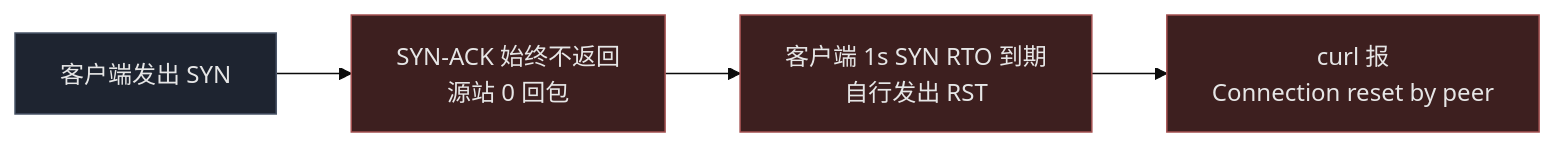
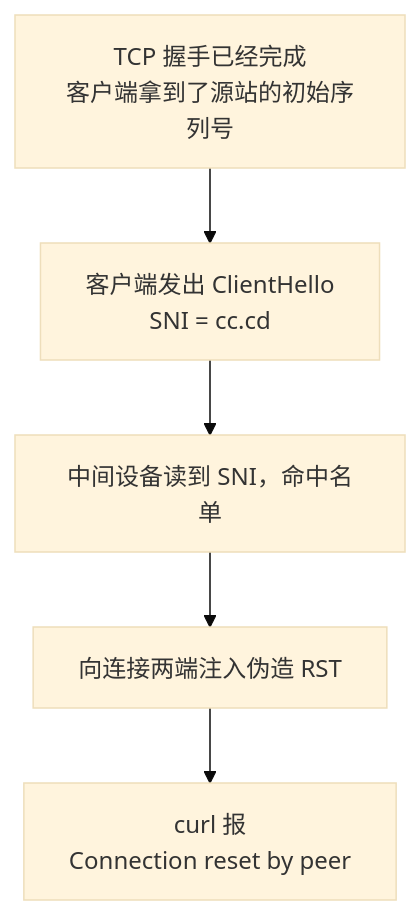
One commit to i125pro/i125pro.github.io changed the diagram in _posts/2026-09-30-cloudflare-sni-blocking-preferred-ip-dead-zh.md. Above: the diagram before and after it, drawn with Mermaid (base theme). The commit also changed other lines of this file and 4 other files, not shown here.

First line of the commit message:
rewrite: CF SNI 文章改为"结论先行+可复现"结构；新增 1 秒 SYN RTO 短文；修复 mermaid 不渲染

````diff
--- a/_posts/2026-09-30-cloudflare-sni-blocking-preferred-ip-dead-zh.md
+++ b/_posts/2026-09-30-cloudflare-sni-blocking-preferred-ip-dead-zh.md
@@ -170,11 +226,7 @@
 ```mermaid
-flowchart LR
-    A["客户端发出 SYN"] --> B["SYN-ACK 始终不返回<br/>源站 0 回包"]
-    B --> C["客户端 1s SYN RTO 到期<br/>自行发出 RST"]
-    C --> D["curl 报<br/>Connection reset by peer"]
-
-    style A fill:#1e2430,stroke:#4a5568,color:#e6e6e6
-    style B fill:#3d1f1f,stroke:#a45050,color:#e6e6e6
-    style C fill:#3d1f1f,stroke:#a45050,color:#e6e6e6
-    style D fill:#3d1f1f,stroke:#a45050,color:#e6e6e6
+flowchart TD
+    A["TCP 握手已经完成<br/>客户端拿到了源站的初始序列号"] --> B["客户端发出 ClientHello<br/>SNI = cc.cd"]
+    B --> C["中间设备读到 SNI，命中名单"]
+    C --> D["向连接两端注入伪造 RST"]
+    D --> E["curl 报<br/>Connection reset by peer"]
 ```
````
